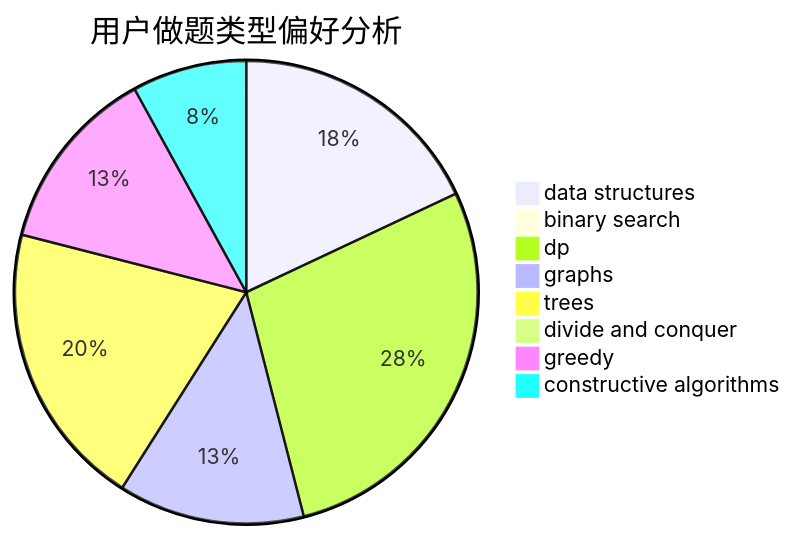
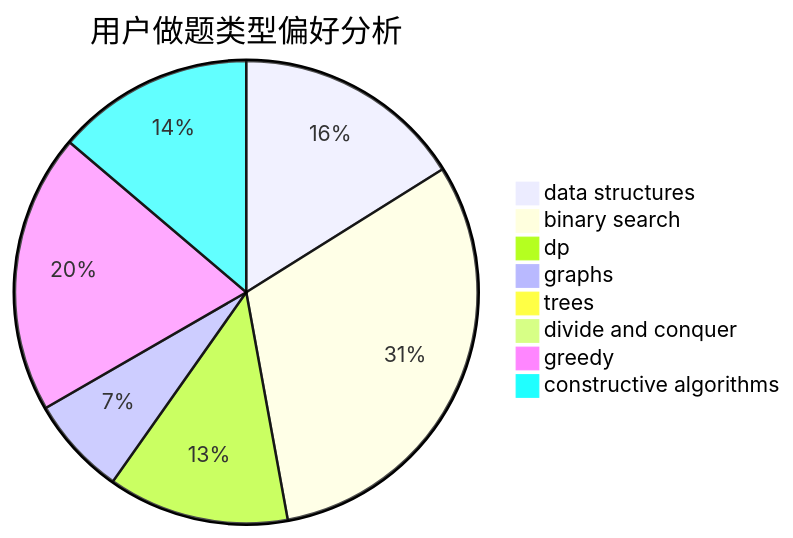
One commit to sherpahu/cfrs.github.io changed the second of 3 diagrams in docs/user/u2178.md. Above: the diagram before and after it, drawn with Mermaid. The commit also changed other lines of this file and 2770 other files, not shown here.

````diff
--- a/docs/user/u2178.md
+++ b/docs/user/u2178.md
@@ -23,11 +23,11 @@
 ```mermaid
 pie title 用户做题类型偏好分析
-    "data structures" :  18
-    "binary search" :  1
-    "dp" :  28
-    "graphs" :  13
-    "trees" :  20
+    "data structures" :  14
+    "binary search" :  27
+    "dp" :  11
+    "graphs" :  6
+    "trees" :  0
     "divide and conquer" :  0
-    "greedy" :  13
-    "constructive algorithms" :  8
+    "greedy" :  17
+    "constructive algorithms" :  12
 ```
````
